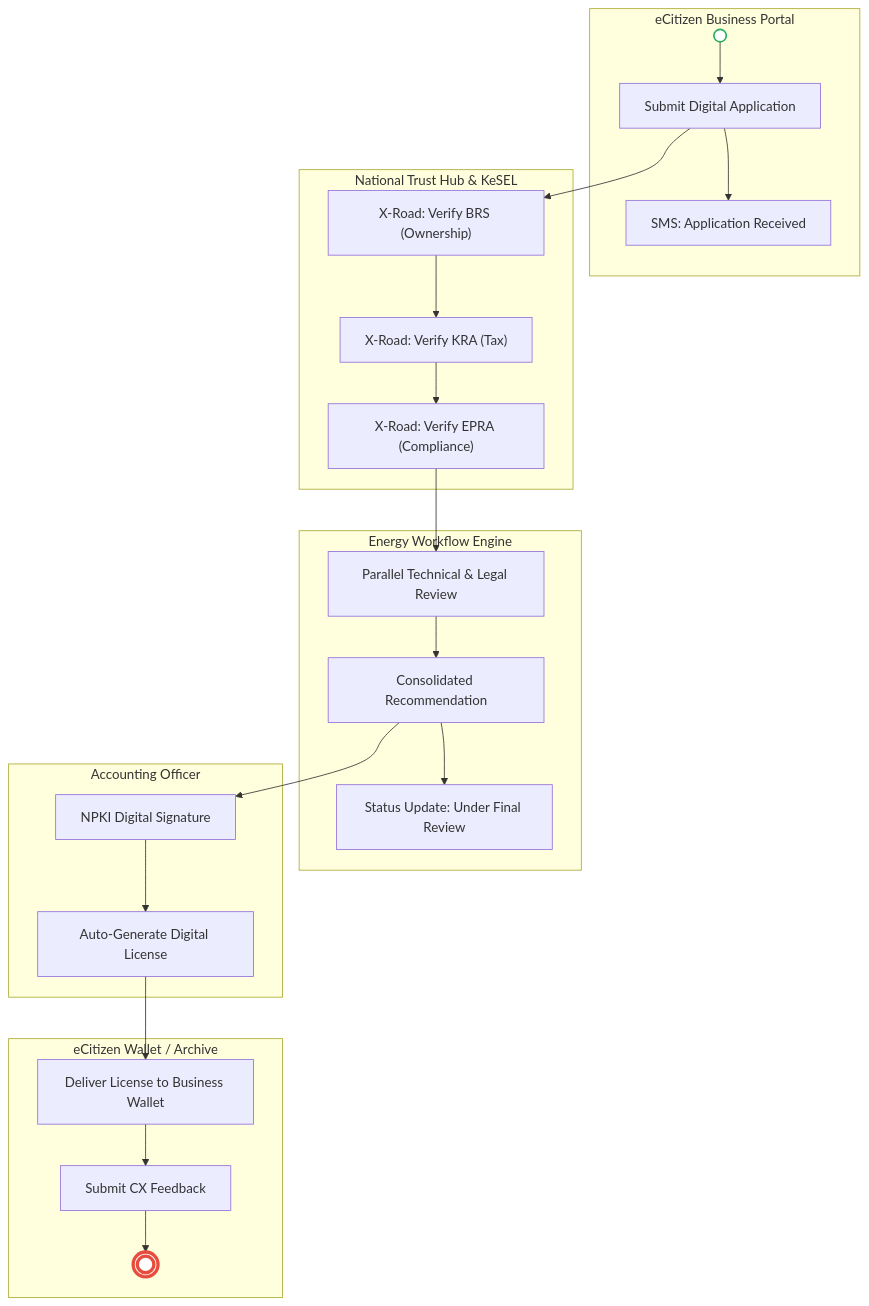
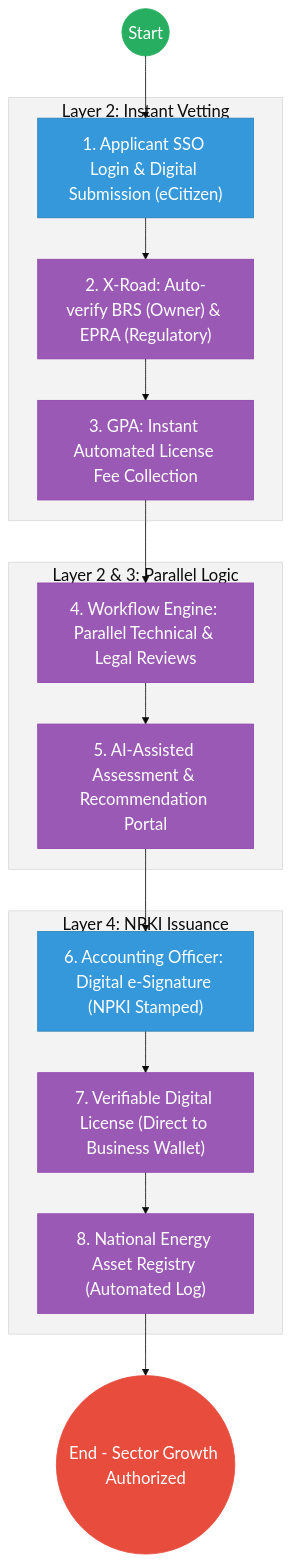
One commit to BITZ-IT-Consulting-LTD/ictapoc changed the second of 2 diagrams in mdas/docs_final/priority_mdas/Energy___Service_Delivery.md. Above: the diagram before and after it, drawn with Mermaid. The commit also changed other lines of this file and 37 other files, not shown here.

````diff
--- a/mdas/docs_final/priority_mdas/Energy___Service_Delivery.md
+++ b/mdas/docs_final/priority_mdas/Energy___Service_Delivery.md
@@ -96,33 +111,33 @@
 ```mermaid
+%%{init: { 'theme': 'base', 'themeVariables': { 'fontSize': '20px', 'fontFamily': 'Inter, system-ui, sans-serif', 'primaryColor': '#ffffff', 'edgeLabelBackground':'#ffffff', 'tertiaryColor': '#f3f3f3', 'mainBkg': '#ffffff', 'nodeBorder': '#333333' } } }%%
 flowchart TD
-    subgraph Portal["eCitizen Business Portal"]
-        Start_E((" ")) --> E1["Submit Digital Application"]
-        E1 --> S1["SMS: Application Received"]
+    Start((Start)) --> Portal["1. Applicant SSO Login & Digital Submission (eCitizen)"]
+    
+    subgraph Trust_Hub["Layer 2: Instant Vetting"]
+        Portal --> Verify["2. X-Road: Auto-verify BRS (Owner) & EPRA (Regulatory)"]
+        Verify --> Payment["3. GPA: Instant Automated License Fee Collection"]
     end
 
-    subgraph Trust_Hub["National Trust Hub & KeSEL"]
-        E1 --> V1["X-Road: Verify BRS (Ownership)"]
-        V1 --> V2["X-Road: Verify KRA (Tax)"]
-        V2 --> V3["X-Road: Verify EPRA (Compliance)"]
+    subgraph Operations["Layer 2 & 3: Parallel Logic"]
+        Payment --> Parallel["4. Workflow Engine: Parallel Technical & Legal Reviews"]
+        Parallel --> Recommend["5. AI-Assisted Assessment & Recommendation Portal"]
     end
 
-    subgraph Workflow["Energy Workflow Engine"]
-        V3 --> T1["Parallel Technical & Legal Review"]
-        T1 --> T2["Consolidated Recommendation"]
-        T2 --> S2["Status Update: Under Final Review"]
+    subgraph Settlement["Layer 4: NPKI Issuance"]
+        Recommend --> NPKI["6. Accounting Officer: Digital e-Signature (NPKI Stamped)"]
+        NPKI --> Output["7. Verifiable Digital License (Direct to Business Wallet)"]
+        Output --> Archive["8. National Energy Asset Registry (Automated Log)"]
     end
 
-    subgraph Approval["Accounting Officer"]
-        T2 --> A1["NPKI Digital Signature"]
-        A1 --> A2["Auto-Generate Digital License"]
-    end
+    Archive --> EndProcess(("End - Sector Growth Authorized"))
 
-    subgraph Delivery["eCitizen Wallet / Archive"]
-        A2 --> D1["Deliver License to Business Wallet"]
-        D1 --> F1["Submit CX Feedback"]
-        F1 --> End_E(((" ")))
-    end
-
-    style Start_E fill:#fff,stroke:#27ae60,stroke-width:2px
-    style End_E fill:#fff,stroke:#e74c3c,stroke-width:4px
+    classDef start fill:#27ae60,stroke:#27ae60,color:#fff,font-size:20px;;
+    classDef endNode fill:#e74c3c,stroke:#e74c3c,color:#fff,font-size:20px;;
+    classDef userTask fill:#3498db,stroke:#2980b9,color:#fff,font-size:20px;;
+    classDef serviceTask fill:#9b59b6,stroke:#8e44ad,color:#fff,font-size:20px;;
+    
+    class Start start;
+    class EndProcess endNode;
+    class Portal,NPKI userTask;
+    class Verify,Payment,Parallel,Recommend,Output,Archive serviceTask;
 ```
````
